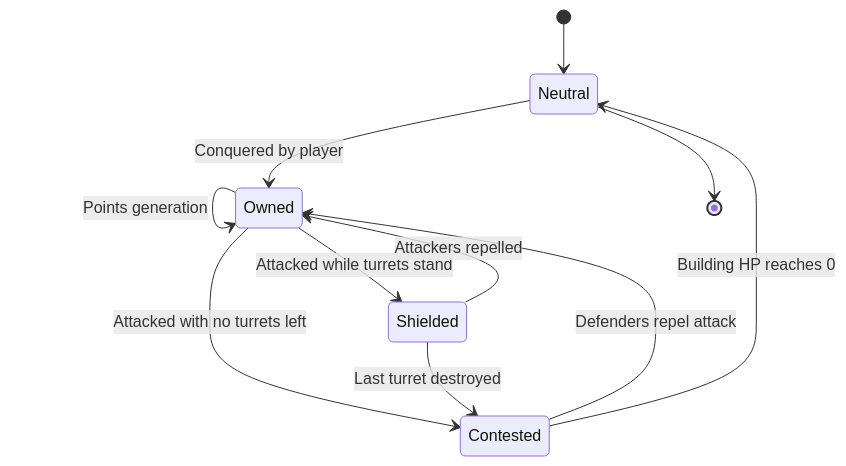
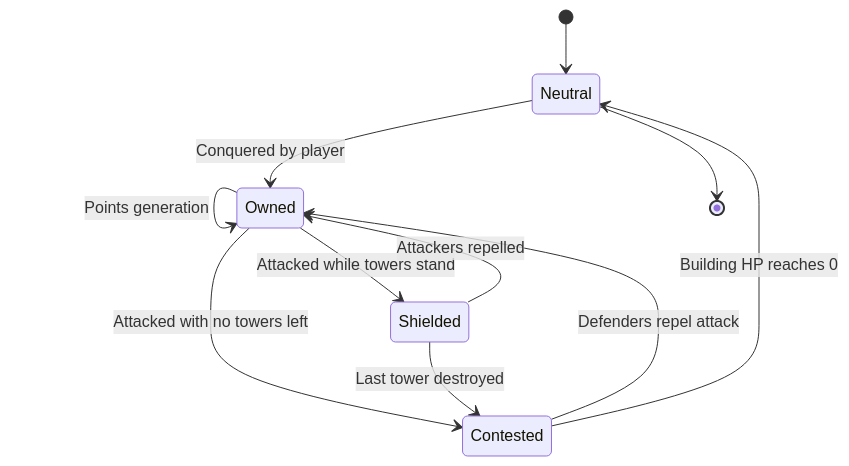
One commit to jhofer/ar-map-game changed diagram 12 of 16 in docs/GAME_DESIGN.md. Above: the diagram before and after it, drawn with Mermaid. The commit also changed other lines of this file, not shown here.

First line of the commit message:
Specify entity model: building, factory, tower, unit

````diff
--- a/docs/GAME_DESIGN.md
+++ b/docs/GAME_DESIGN.md
@@ -577,13 +619,13 @@
 ```mermaid
 stateDiagram-v2
     [*] --> Neutral
     Neutral --> Owned: Conquered by player
     Owned --> Owned: Points generation
-    Owned --> Shielded: Attacked while turrets stand
-    Owned --> Contested: Attacked with no turrets left
-    Shielded --> Contested: Last turret destroyed
+    Owned --> Shielded: Attacked while towers stand
+    Owned --> Contested: Attacked with no towers left
+    Shielded --> Contested: Last tower destroyed
     Shielded --> Owned: Attackers repelled
     Contested --> Owned: Defenders repel attack
     Contested --> Neutral: Building HP reaches 0
     Neutral --> [*]
 ```
````
